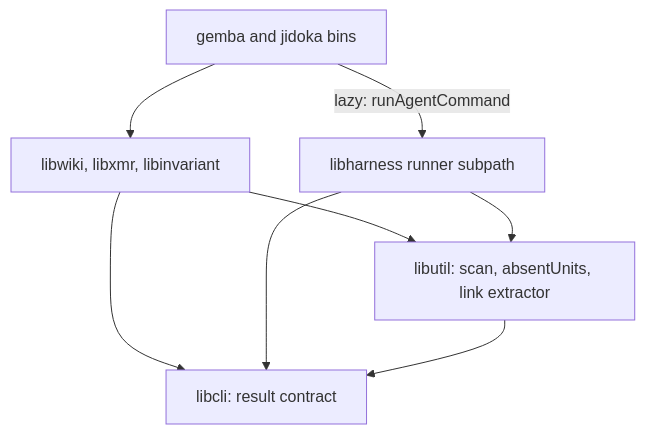
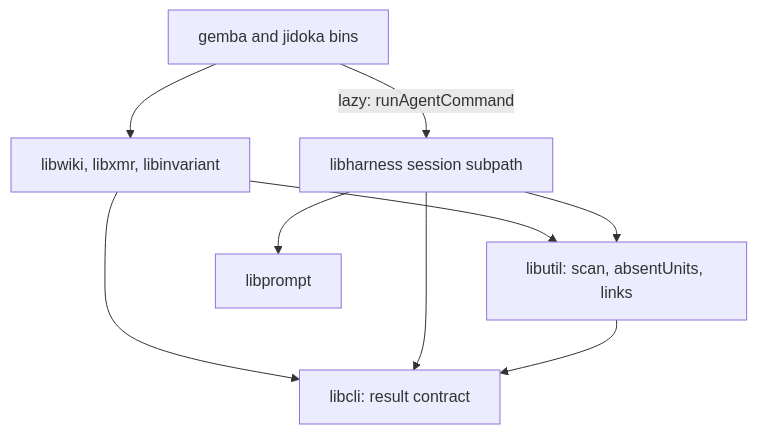
One commit to forwardimpact/monorepo changed the first of 2 diagrams in specs/2410-agent-backed-commands/design-a.md. Above: the diagram before and after it, drawn with Mermaid. The commit also changed other lines of this file and 1 other file, not shown here.

````diff
--- a/specs/2410-agent-backed-commands/design-a.md
+++ b/specs/2410-agent-backed-commands/design-a.md
@@ -27,10 +26,11 @@
 ```mermaid
 graph TD
-    B["gemba and jidoka bins"] -->|"lazy: runAgentCommand"| H["libharness runner subpath"]
+    B["gemba and jidoka bins"] -->|"lazy: runAgentCommand"| H["libharness session subpath"]
     B --> D["libwiki, libxmr, libinvariant"]
     D --> C["libcli: result contract"]
-    D --> U["libutil: scan, absentUnits, link extractor"]
+    D --> U["libutil: scan, absentUnits, links"]
     H --> C
     H --> U
+    H --> P["libprompt"]
     U --> C
 ```
````
